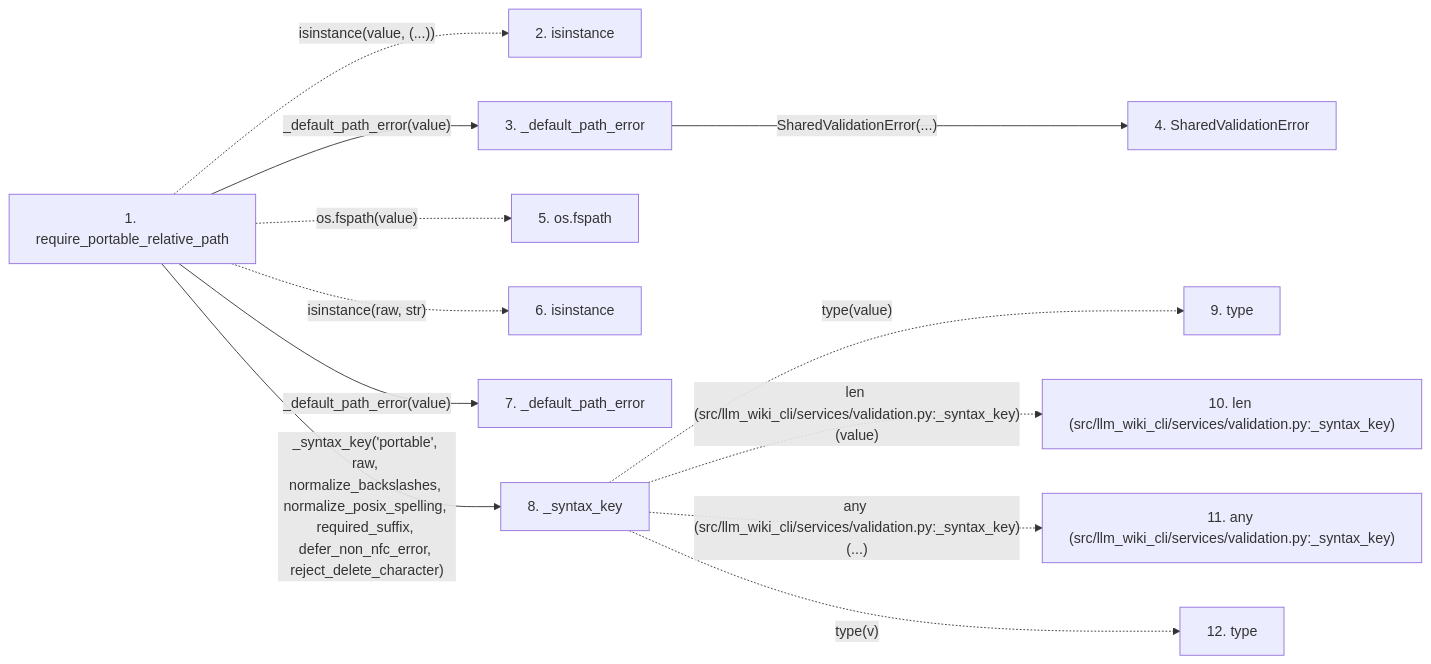
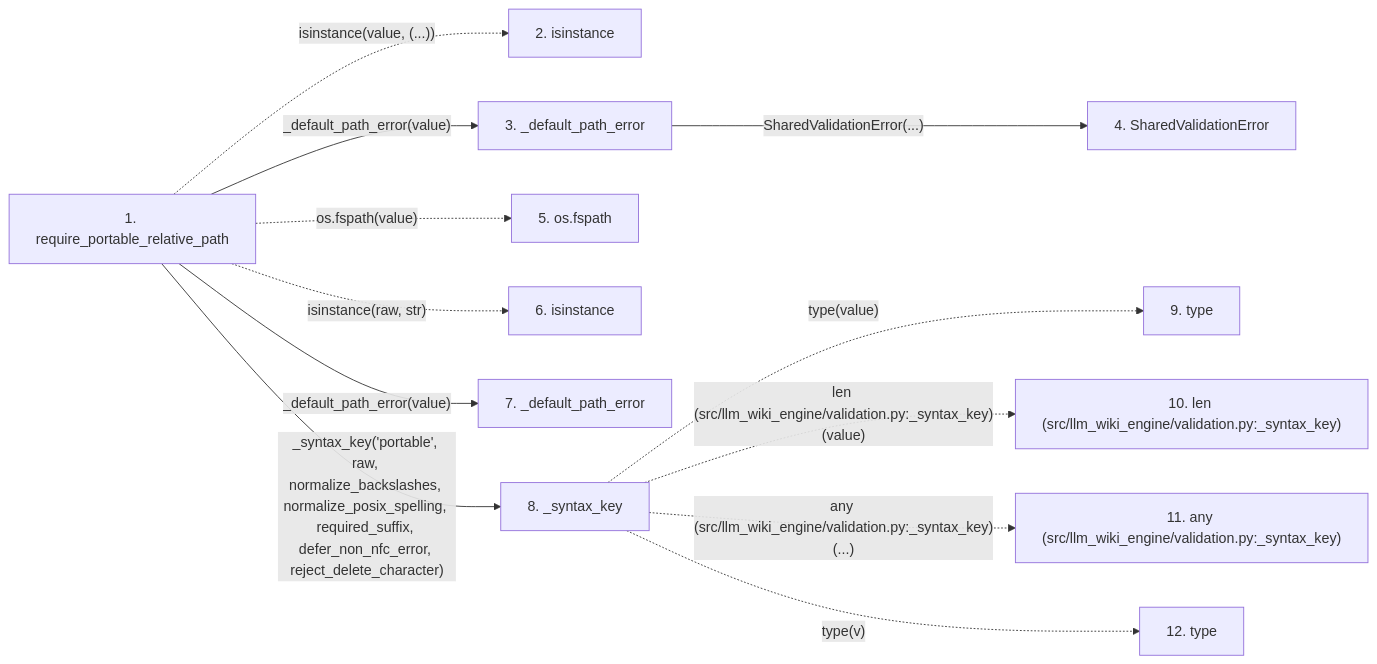
One commit to Denissvgn/python-wiki-llm changed the second of 2 diagrams in docs/llm_wiki/flows/api-require_portable_relative_path.md. Above: the diagram before and after it, drawn with Mermaid. The commit also changed other lines of this file and 1103 other files, not shown here.

First line of the commit message:
docs: refresh the wiki for the llm-wiki-engine distribution

````diff
--- a/docs/llm_wiki/flows/api-require_portable_relative_path.md
+++ b/docs/llm_wiki/flows/api-require_portable_relative_path.md
@@ -126,31 +126,31 @@
 ```mermaid
 flowchart LR
     s1["1. require_portable_relative_path"]
     s2["2. isinstance"]
     s3["3. _default_path_error"]
     s4["4. SharedValidationError"]
     s5["5. os.fspath"]
     s6["6. isinstance"]
     s7["7. _default_path_error"]
     s8["8. _syntax_key"]
     s9["9. type"]
-    s10["10. len (src/llm_wiki_cli/services/validation.py:_syntax_key)"]
-    s11["11. any (src/llm_wiki_cli/services/validation.py:_syntax_key)"]
+    s10["10. len (src/llm_wiki_engine/validation.py:_syntax_key)"]
+    s11["11. any (src/llm_wiki_engine/validation.py:_syntax_key)"]
     s12["12. type"]
     s1 -. "isinstance(value, (...))" .-> s2
     s1 -->|"_default_path_error(value)"| s3
     s3 -->|"SharedValidationError(...)"| s4
     s1 -. "os.fspath(value)" .-> s5
     s1 -. "isinstance(raw, str)" .-> s6
     s1 -->|"_default_path_error(value)"| s7
     s1 -->|"_syntax_key('portable', raw, normalize_backslashes, normalize_posix_spelling, required_suffix, defer_non_nfc_error, reject_delete_character)"| s8
     s8 -. "type(value)" .-> s9
-    s8 -. "len (src/llm_wiki_cli/services/validation.py:_syntax_key)(value)" .-> s10
-    s8 -. "any (src/llm_wiki_cli/services/validation.py:_syntax_key)(...)" .-> s11
+    s8 -. "len (src/llm_wiki_engine/validation.py:_syntax_key)(value)" .-> s10
+    s8 -. "any (src/llm_wiki_engine/validation.py:_syntax_key)(...)" .-> s11
     s8 -. "type(v)" .-> s12
     click s1 "../modules/validation.md"
     click s3 "../modules/validation.md"
     click s4 "../modules/validation.md"
     click s7 "../modules/validation.md"
     click s8 "../modules/validation.md"
 ```
````
